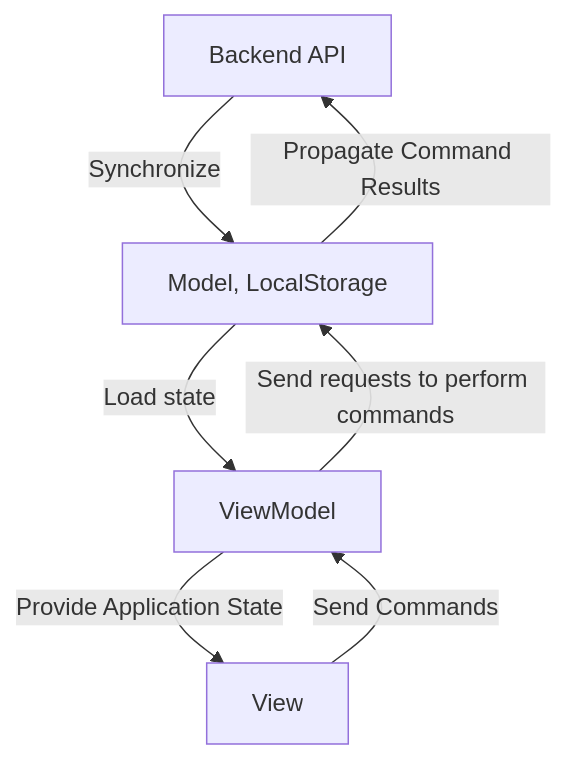
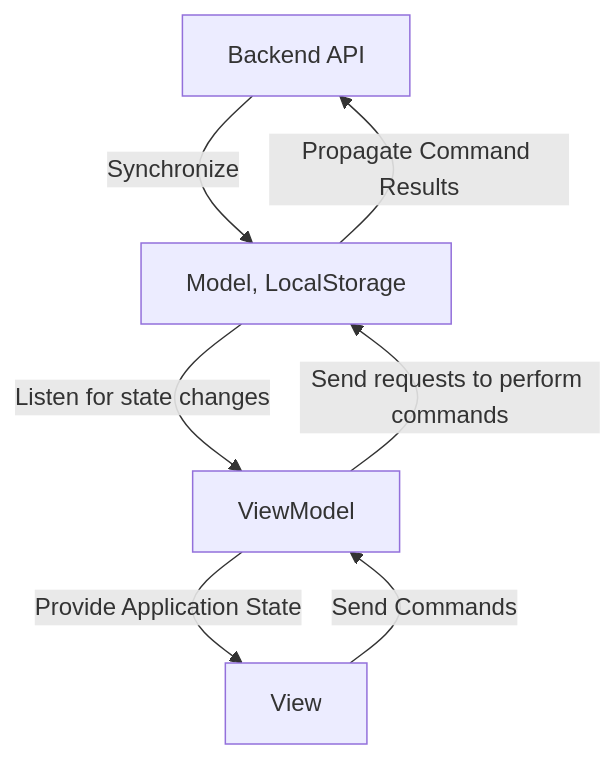
Before and after one commit to DiceNameIsMy/vut-itu: the diagram in docs/Navrh.md, drawn with Mermaid. The commit also changed other lines of this file, not shown here.

````diff
--- a/docs/Navrh.md
+++ b/docs/Navrh.md
@@ -320,14 +318,14 @@
 ```mermaid
 graph TD
 BEServer[Backend API]
 BELocal[Model, LocalStorage]
 VM[ViewModel]
 V[View]
 
 BEServer-->|Synchronize|BELocal
 BELocal-->|Propagate Command Results|BEServer
 VM-->|Send requests to perform commands|BELocal
-BELocal-->|Load state|VM
+BELocal-->|Listen for state changes|VM
 VM-->|Provide Application State| V
 V-->|Send Commands| VM
 ```
````
